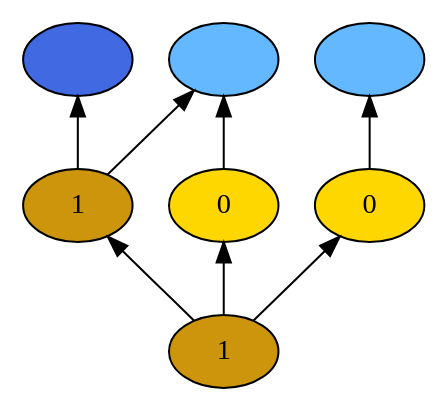
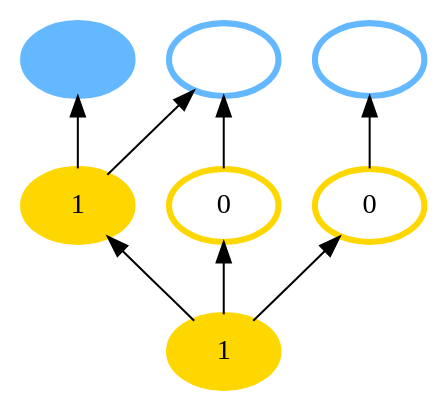
Before and after one commit to probcomp/Venturecxx: the diagram in backend/cxx/pdf_graphs/tutorial_1/dot16.dot, drawn with Graphviz. The commit also changed 54 other files, not shown here.

```diff
--- a/backend/cxx/pdf_graphs/tutorial_1/dot16.dot
+++ b/backend/cxx/pdf_graphs/tutorial_1/dot16.dot
@@ -1,18 +1,18 @@
 digraph {
 rankdir=BT
 fontsize=24
-1["shape" ="ellipse" "style" ="filled" "fillcolor" ="darkgoldenrod3" "label" ="1" ]
-2["shape" ="ellipse" "style" ="filled" "fillcolor" ="darkgoldenrod3" "label" ="1" ]
-3["shape" ="ellipse" "style" ="filled" "fillcolor" ="gold" "label" ="0" ]
-4["shape" ="ellipse" "style" ="filled" "fillcolor" ="gold" "label" ="0" ]
-5["shape" ="ellipse" "style" ="filled" "fillcolor" ="royalblue" "label" ="" ]
-6["shape" ="ellipse" "style" ="filled" "fillcolor" ="steelblue1" "label" ="" ]
-7["shape" ="ellipse" "style" ="filled" "fillcolor" ="steelblue1" "label" ="" ]
+1["style" ="filled" "color" ="gold" "label" ="1" "shape" ="ellipse" "fillcolor" ="gold" "penwidth" ="3" ]
+2["style" ="filled" "color" ="gold" "label" ="1" "shape" ="ellipse" "fillcolor" ="gold" "penwidth" ="3" ]
+3["style" ="filled" "color" ="gold" "label" ="0" "shape" ="ellipse" "fillcolor" ="white" "penwidth" ="3" ]
+4["style" ="filled" "color" ="gold" "label" ="0" "shape" ="ellipse" "fillcolor" ="white" "penwidth" ="3" ]
+5["style" ="filled" "color" ="steelblue1" "label" ="" "shape" ="ellipse" "fillcolor" ="steelblue1" "penwidth" ="3" ]
+6["style" ="filled" "color" ="steelblue1" "label" ="" "shape" ="ellipse" "fillcolor" ="white" "penwidth" ="3" ]
+7["style" ="filled" "color" ="steelblue1" "label" ="" "shape" ="ellipse" "fillcolor" ="white" "penwidth" ="3" ]
 1 -> 2["color" ="black" "style" ="solid" "arrowhead" ="normal" ]
 1 -> 3["color" ="black" "style" ="solid" "arrowhead" ="normal" ]
 1 -> 4["color" ="black" "style" ="solid" "arrowhead" ="normal" ]
 2 -> 5["color" ="black" "style" ="solid" "arrowhead" ="normal" ]
 2 -> 6["color" ="black" "style" ="solid" "arrowhead" ="normal" ]
 3 -> 6["color" ="black" "style" ="solid" "arrowhead" ="normal" ]
 4 -> 7["color" ="black" "style" ="solid" "arrowhead" ="normal" ]
 }
```
